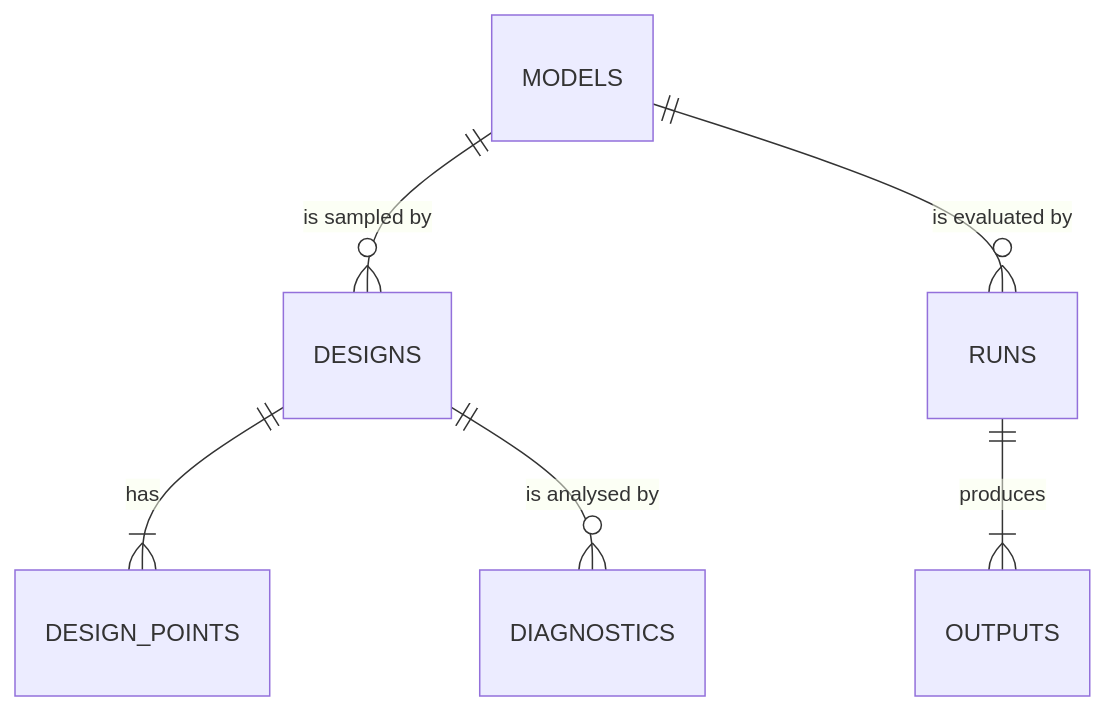
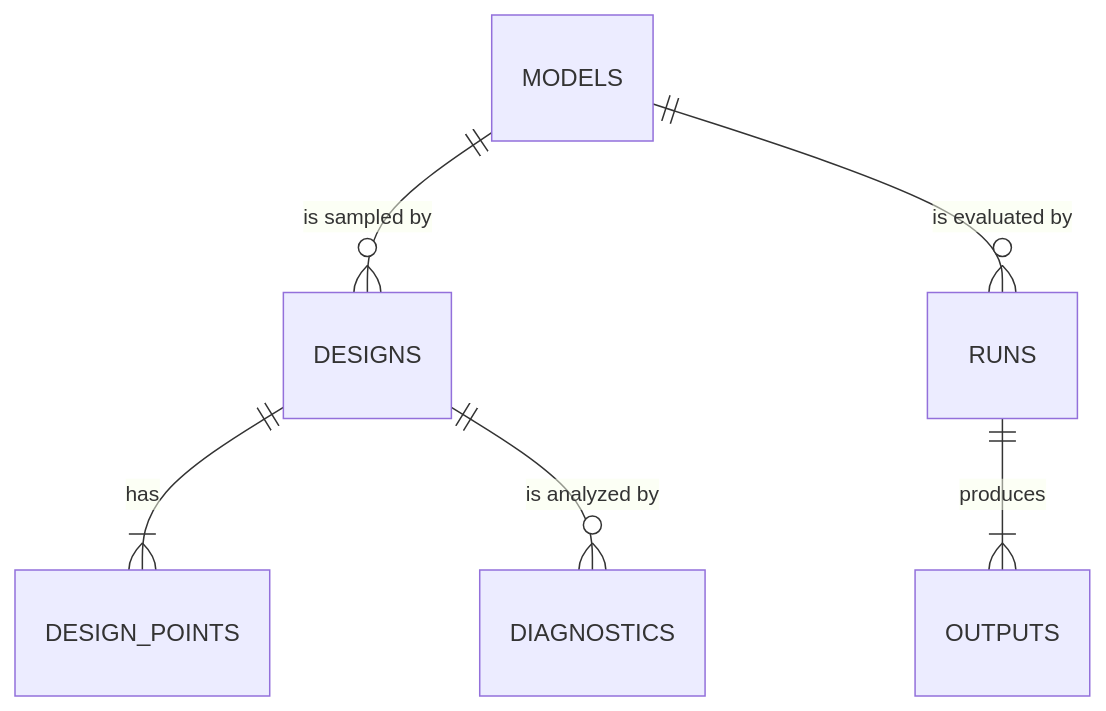
Before and after one commit to paulcon/EMA: the diagram in docs/design/data_model.md, drawn with Mermaid. The commit also changed 3 other files, not shown here.

````diff
--- a/docs/design/data_model.md
+++ b/docs/design/data_model.md
@@ -119,9 +119,9 @@
 ```mermaid
 erDiagram
     MODELS ||--o{ DESIGNS : "is sampled by"
     DESIGNS ||--|{ DESIGN_POINTS : "has"
     MODELS ||--o{ RUNS : "is evaluated by"
     RUNS ||--|{ OUTPUTS : "produces"
-    DESIGNS ||--o{ DIAGNOSTICS : "is analysed by"
+    DESIGNS ||--o{ DIAGNOSTICS : "is analyzed by"
     %% <add or change relationships>
 ```
````
